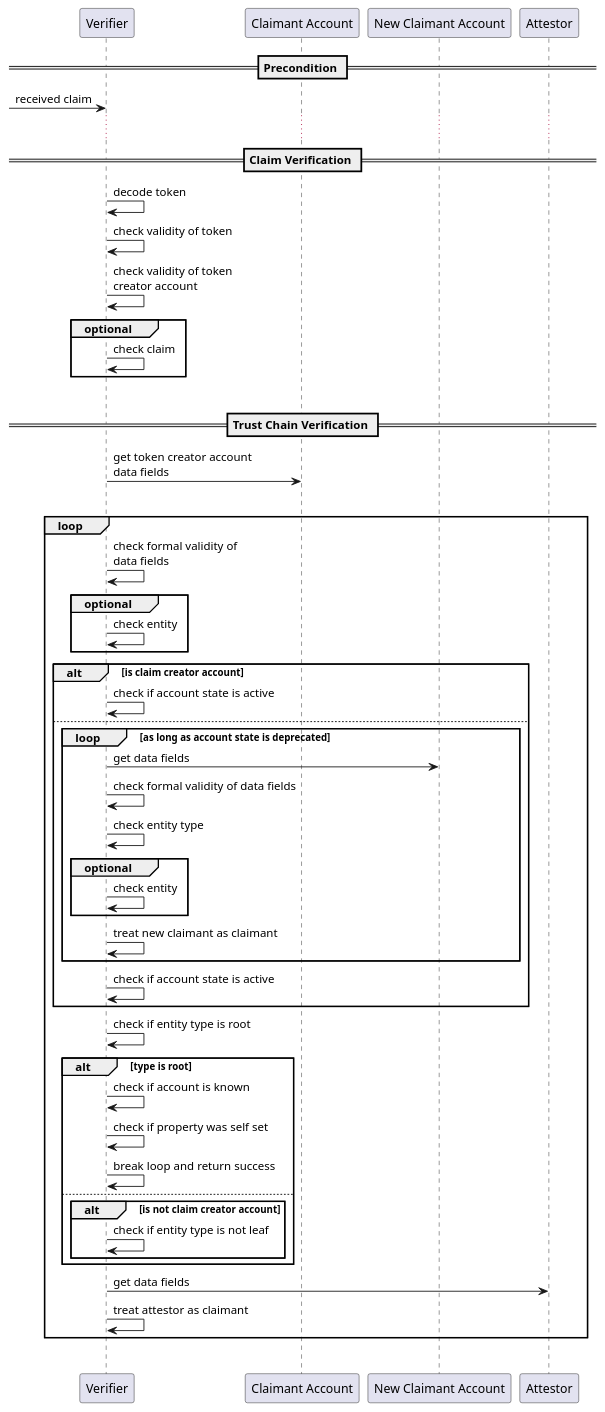
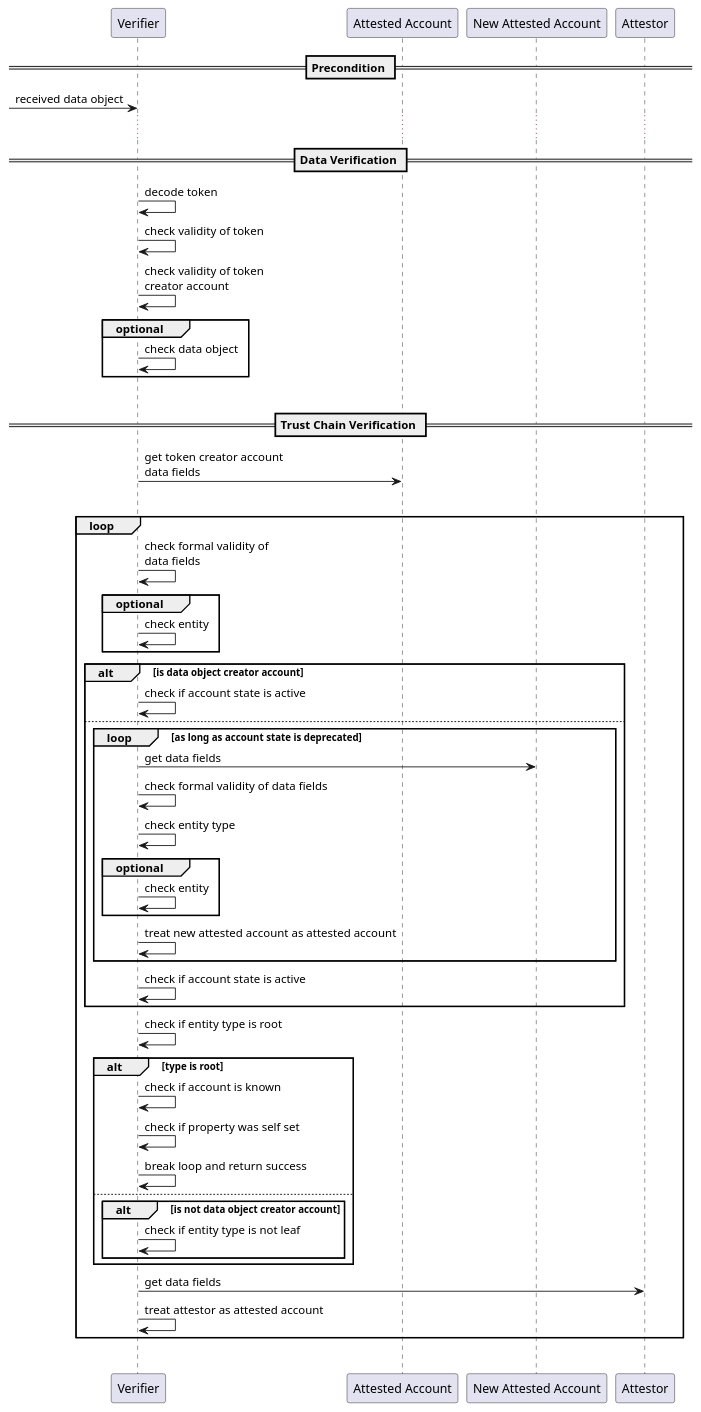
One commit to masterbtc/documentation-1 changed the diagram in docs/plantUml/src/attestation-protocol/protocol-verification-workflow.puml. Above: the diagram before and after it, drawn with PlantUML. The commit also changed 8 other files, not shown here.

Commit message:
changed wording to attested account and data object

```diff
--- a/docs/plantUml/src/attestation-protocol/protocol-verification-workflow.puml
+++ b/docs/plantUml/src/attestation-protocol/protocol-verification-workflow.puml
@@ -1,72 +1,72 @@
 @startuml
 
 
 participant "Verifier" as VERI
-participant "Claimant Account" as CLAI
-participant "New Claimant Account" as NCLAI
+participant "Attested Account" as ATTD
+participant "New Attested Account" as NATTD
 participant "Attestor" as ATTE
 
 
 == Precondition ==
 
--> VERI: received claim
+-> VERI: received data object
 
 
 ...
-== Claim Verification ==
+== Data Verification ==
 
 VERI -> VERI: decode token
 VERI -> VERI: check validity of token
 VERI -> VERI: check validity of token\ncreator account
 
 group optional
-    VERI -> VERI: check claim
+    VERI -> VERI: check data object
 end
 |||
 
 
 == Trust Chain Verification ==
 
-VERI -> CLAI: get token creator account\ndata fields
+VERI -> ATTD: get token creator account\ndata fields
 |||
 
 loop
     VERI -> VERI: check formal validity of\ndata fields
 
     group optional
         VERI -> VERI: check entity
     end
 
-    alt is claim creator account 
+    alt is data object creator account 
         VERI -> VERI: check if account state is active
     else
         loop as long as account state is deprecated
-            VERI -> NCLAI: get data fields
+            VERI -> NATTD: get data fields
             VERI -> VERI: check formal validity of data fields
             VERI -> VERI: check entity type
             
             group optional
                 VERI -> VERI: check entity
             end
             
-            VERI -> VERI: treat new claimant as claimant
+            VERI -> VERI: treat new attested account as attested account
         end
         VERI -> VERI: check if account state is active
     end
 
     VERI -> VERI: check if entity type is root
     alt type is root
         VERI -> VERI: check if account is known
         VERI -> VERI: check if property was self set
         VERI -> VERI: break loop and return success
     else
-        alt is not claim creator account
+        alt is not data object creator account
             VERI -> VERI: check if entity type is not leaf
         end
     end
     VERI -> ATTE: get data fields
-    VERI -> VERI: treat attestor as claimant
+    VERI -> VERI: treat attestor as attested account
 end
 |||
 
 @enduml
```
